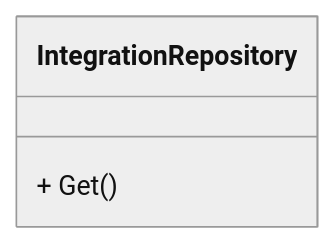
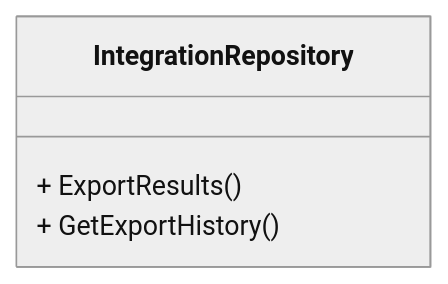
Before and after one commit to MrWangpeilin945/FlutterIOS: the tenth of 10 diagrams in Documents/API設計書/src/docs/6_リポジトリ.adoc, drawn with Mermaid (neutral theme). The commit also changed other lines of this file and 1 other file, not shown here.

Commit message:
API設計書 ユースケースとリポジトリのクラス図を更新

```diff
--- a/Documents/API設計書/src/docs/6_リポジトリ.adoc
+++ b/Documents/API設計書/src/docs/6_リポジトリ.adoc
@@ -99,7 +101,8 @@
 [mermaid,Integration-r-cd,png]
 ----
 classDiagram
 class IntegrationRepository {
-  + Get()  
+  + ExportResults()
+  + GetExportHistory()
 }
 ----
```
